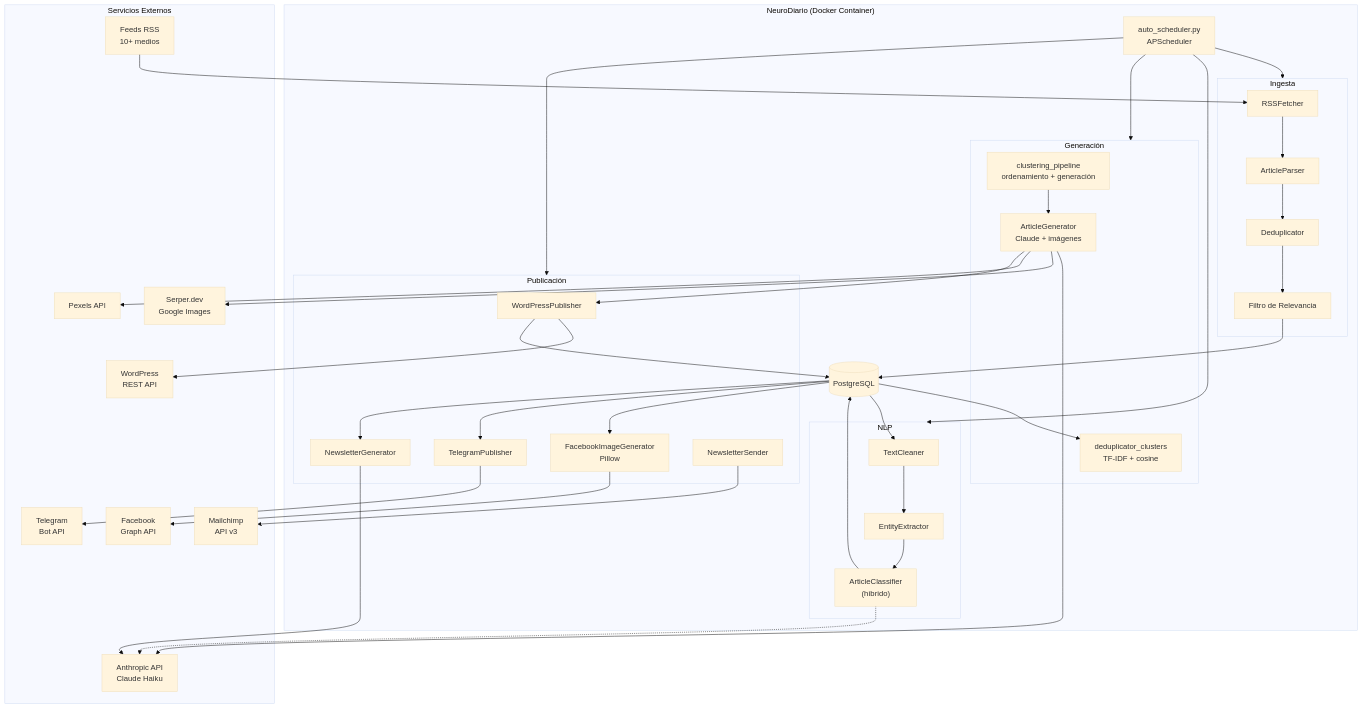
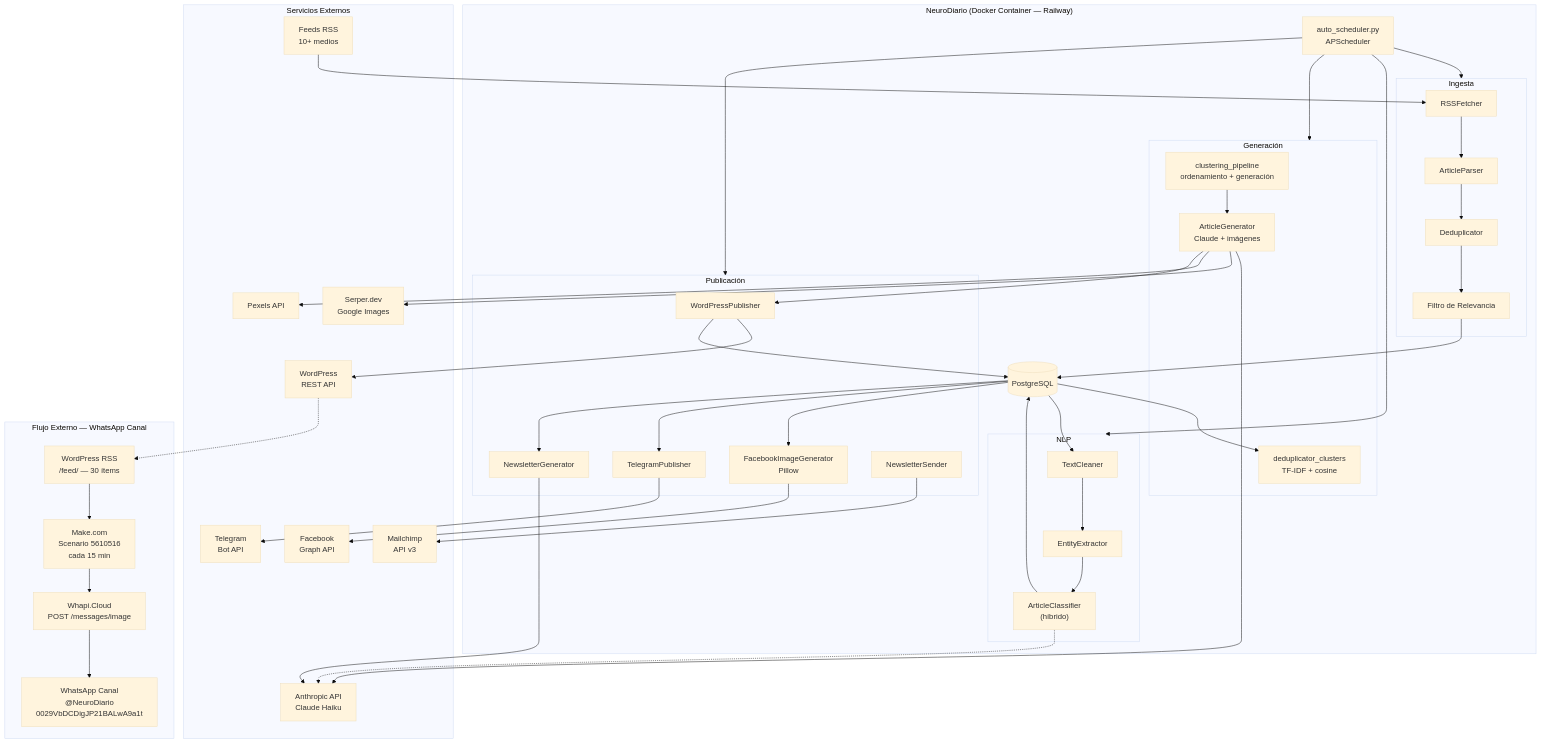
One commit to carloscheco-cloud/NeuroDiario changed the first of 2 diagrams in docs/ARCHITECTURE.md. Above: the diagram before and after it, drawn with Mermaid (base theme). The commit also changed other lines of this file, not shown here.

````diff
--- a/docs/ARCHITECTURE.md
+++ b/docs/ARCHITECTURE.md
@@ -9,70 +11,79 @@
 ```mermaid
 graph TD
     subgraph Externo["Servicios Externos"]
         RSS_Feeds["Feeds RSS<br>10+ medios"]
         ClaudeAPI["Anthropic API<br>Claude Haiku"]
         SerperAPI["Serper.dev<br>Google Images"]
         PexelsAPI["Pexels API"]
         WPAPI["WordPress<br>REST API"]
         FBAPI["Facebook<br>Graph API"]
         TGAPI["Telegram<br>Bot API"]
         MCAPI["Mailchimp<br>API v3"]
     end
 
-    subgraph App["NeuroDiario (Docker Container)"]
+    subgraph App["NeuroDiario (Docker Container — Railway)"]
         Scheduler["auto_scheduler.py<br>APScheduler"]
         
         subgraph Ingestion["Ingesta"]
             RSSFetcher --> ArticleParser
             ArticleParser --> Deduplicator
             Deduplicator --> RelevanceFilter["Filtro de Relevancia"]
         end
         
         subgraph NLP_Module["NLP"]
             TextCleaner --> EntityExtractor
             EntityExtractor --> Classifier["ArticleClassifier<br>(híbrido)"]
         end
         
         subgraph Generation["Generación"]
             DeduplicatorClusters["deduplicator_clusters<br>TF-IDF + cosine"]
             ClusteringPipeline["clustering_pipeline<br>ordenamiento + generación"]
             ArticleGenerator["ArticleGenerator<br>Claude + imágenes"]
         end
         
         subgraph Publishing["Publicación"]
             WPPublisher["WordPressPublisher"]
             FBImageGen["FacebookImageGenerator<br>Pillow"]
             TGPublisher["TelegramPublisher"]
             NewsletterGen["NewsletterGenerator"]
             NewsletterSender["NewsletterSender"]
         end
         
         DB[(PostgreSQL)]
     end
 
+    subgraph ExternoWA["Flujo Externo — WhatsApp Canal"]
+        WPRss["WordPress RSS<br>/feed/ — 30 ítems"]
+        MakeCom["Make.com<br>Scenario 5610516<br>cada 15 min"]
+        WhapiCloud["Whapi.Cloud<br>POST /messages/image"]
+        WACanal["WhatsApp Canal<br>@NeuroDiario<br>0029VbDCDigJP21BALwA9a1t"]
+        WPRss --> MakeCom --> WhapiCloud --> WACanal
+    end
+
     RSS_Feeds --> RSSFetcher
     RelevanceFilter --> DB
     DB --> TextCleaner
     Classifier --> DB
     DB --> DeduplicatorClusters
     ClusteringPipeline --> ArticleGenerator
     ArticleGenerator --> ClaudeAPI
     ArticleGenerator --> SerperAPI
     ArticleGenerator --> PexelsAPI
     ArticleGenerator --> WPPublisher
     WPPublisher --> WPAPI
     WPPublisher --> DB
+    WPAPI -.-> WPRss
     DB --> FBImageGen
     FBImageGen --> FBAPI
     DB --> TGPublisher
     TGPublisher --> TGAPI
     DB --> NewsletterGen
     NewsletterGen --> ClaudeAPI
     NewsletterSender --> MCAPI
     Classifier -.-> ClaudeAPI
 
     Scheduler --> Ingestion
     Scheduler --> NLP_Module
     Scheduler --> Generation
     Scheduler --> Publishing
 ```
````
